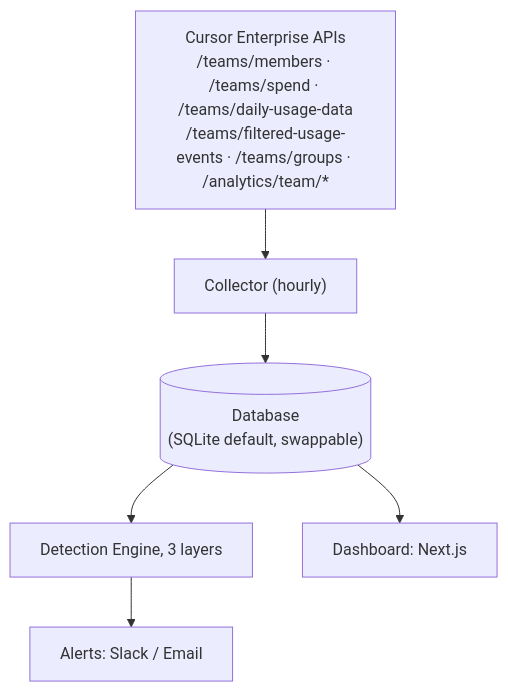
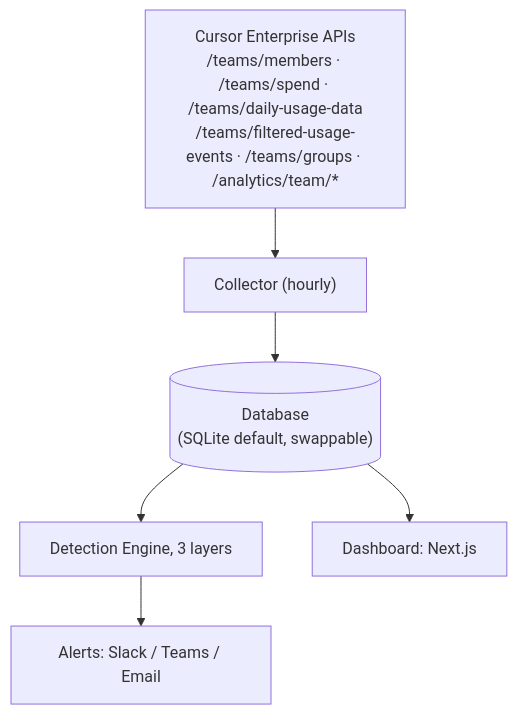
One commit to can-wang/cursor-usage-tracker changed the diagram in README.md. Above: the diagram before and after it, drawn with Mermaid. The commit also changed other lines of this file and 17 other files, not shown here.

First line of the commit message:
feat: credentials auth, Teams alerts, and basePath subpath deploy

````diff
--- a/README.md
+++ b/README.md
@@ -338,13 +343,13 @@
 ```mermaid
 flowchart TB
     APIs["Cursor Enterprise APIs\n/teams/members · /teams/spend · /teams/daily-usage-data\n/teams/filtered-usage-events · /teams/groups · /analytics/team/*"]
     C["Collector (hourly)"]
     DB[("Database\n(SQLite default, swappable)")]
     D["Detection Engine, 3 layers"]
-    AL["Alerts: Slack / Email"]
+    AL["Alerts: Slack / Teams / Email"]
     DA["Dashboard: Next.js"]
 
     APIs --> C --> DB --> D
     DB --> DA
     D --> AL
 ```
````
